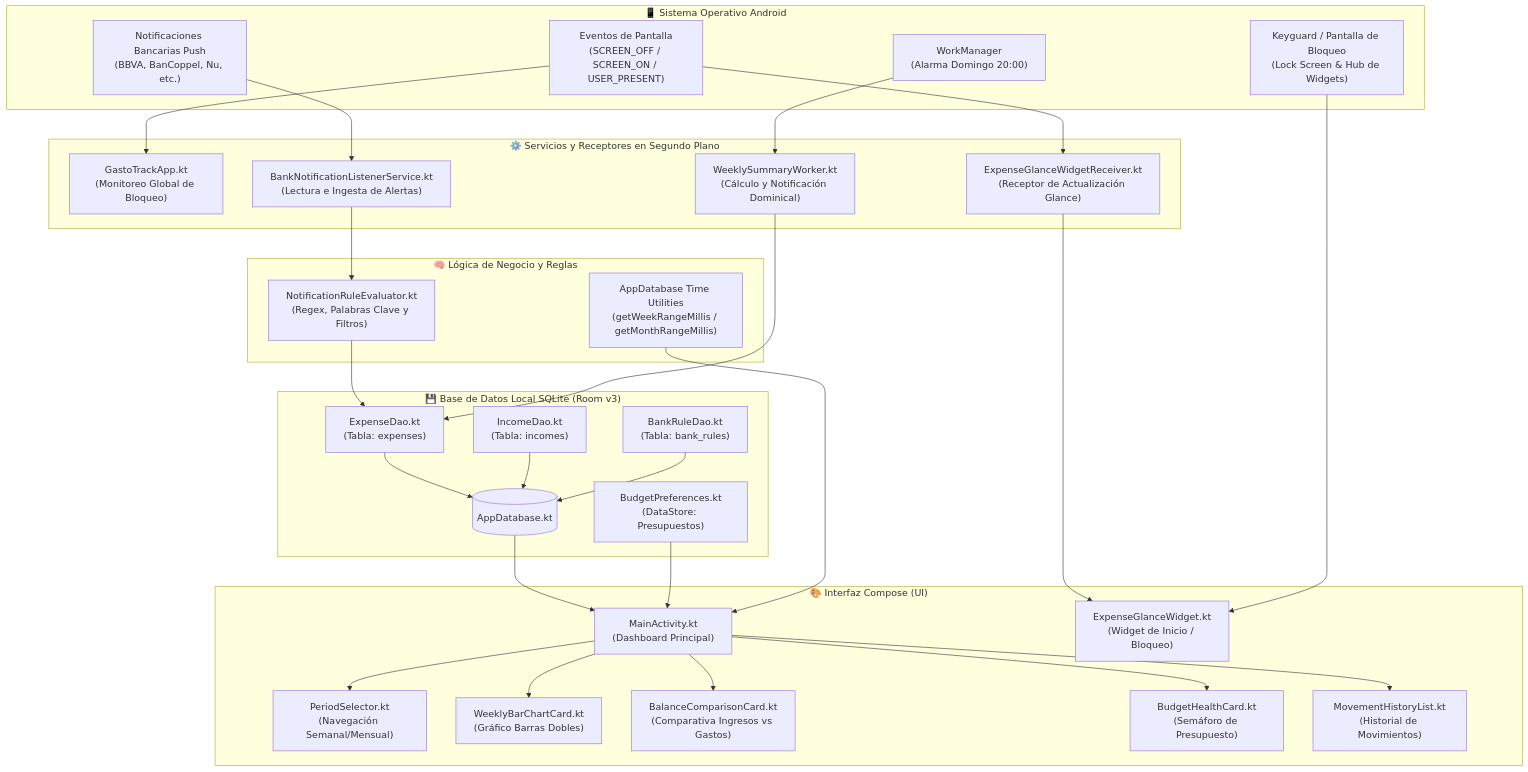
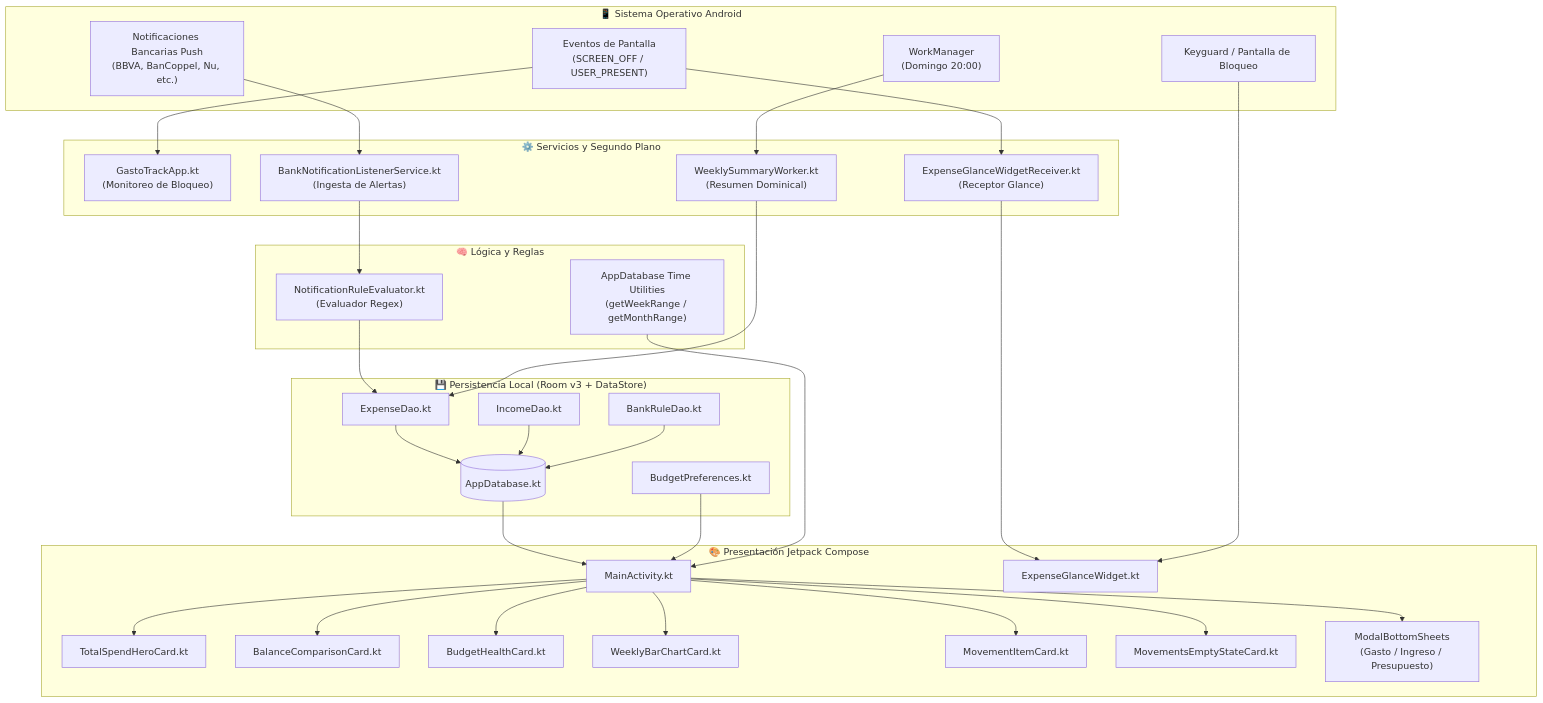
One commit to Jac0b02/AhorroWid changed the diagram in README.md. Above: the diagram before and after it, drawn with Mermaid. The commit also changed other lines of this file and 17 other files, not shown here.

Commit message:
feat(ui): rediseño Material 3, BottomSheets ergonómicos, widgets adaptativos y README profesional

````diff
--- a/README.md
+++ b/README.md
@@ -98,71 +131,75 @@
 ```mermaid
 flowchart TD
-    %% Entorno Android del Dispositivo
+    %% Sistema Operativo
     subgraph AndroidOS ["📱 Sistema Operativo Android"]
-        ScreenEvents["Eventos de Pantalla\n(SCREEN_OFF / SCREEN_ON / USER_PRESENT)"]
+        ScreenEvents["Eventos de Pantalla\n(SCREEN_OFF / USER_PRESENT)"]
         BankNotifs["Notificaciones Bancarias Push\n(BBVA, BanCoppel, Nu, etc.)"]
-        Lockscreen["Keyguard / Pantalla de Bloqueo\n(Lock Screen & Hub de Widgets)"]
-        WorkMgr["WorkManager\n(Alarma Domingo 20:00)"]
+        Lockscreen["Keyguard / Pantalla de Bloqueo"]
+        WorkMgr["WorkManager\n(Domingo 20:00)"]
     end
 
-    %% Capa de Receptores y Servicios
-    subgraph BackgroundServices ["⚙️ Servicios y Receptores en Segundo Plano"]
-        AppClass["GastoTrackApp.kt\n(Monitoreo Global de Bloqueo)"]
-        NotifService["BankNotificationListenerService.kt\n(Lectura e Ingesta de Alertas)"]
-        WidgetReceiver["ExpenseGlanceWidgetReceiver.kt\n(Receptor de Actualización Glance)"]
-        Worker["WeeklySummaryWorker.kt\n(Cálculo y Notificación Dominical)"]
+    %% Capa de Servicios
+    subgraph BackgroundServices ["⚙️ Servicios y Segundo Plano"]
+        AppClass["GastoTrackApp.kt\n(Monitoreo de Bloqueo)"]
+        NotifService["BankNotificationListenerService.kt\n(Ingesta de Alertas)"]
+        WidgetReceiver["ExpenseGlanceWidgetReceiver.kt\n(Receptor Glance)"]
+        Worker["WeeklySummaryWorker.kt\n(Resumen Dominical)"]
     end
 
-    %% Capa de Lógica y Procesamiento
-    subgraph LogicLayer ["🧠 Lógica de Negocio y Reglas"]
-        RuleEvaluator["NotificationRuleEvaluator.kt\n(Regex, Palabras Clave y Filtros)"]
-        TimeEngine["AppDatabase Time Utilities\n(getWeekRangeMillis / getMonthRangeMillis)"]
+    %% Capa de Negocio
+    subgraph LogicLayer ["🧠 Lógica y Reglas"]
+        RuleEvaluator["NotificationRuleEvaluator.kt\n(Evaluador Regex)"]
+        TimeEngine["AppDatabase Time Utilities\n(getWeekRange / getMonthRange)"]
     end
 
-    %% Capa de Persistencia Room y Preferencias
-    subgraph DataLayer ["💾 Base de Datos Local SQLite (Room v3)"]
+    %% Capa de Persistencia
+    subgraph DataLayer ["💾 Persistencia Local (Room v3 + DataStore)"]
         DB[("AppDatabase.kt")]
-        ExpenseDao["ExpenseDao.kt\n(Tabla: expenses)"]
-        IncomeDao["IncomeDao.kt\n(Tabla: incomes)"]
-        BankRuleDao["BankRuleDao.kt\n(Tabla: bank_rules)"]
-        BudgetPrefs["BudgetPreferences.kt\n(DataStore: Presupuestos)"]
+        ExpenseDao["ExpenseDao.kt"]
+        IncomeDao["IncomeDao.kt"]
+        BankRuleDao["BankRuleDao.kt"]
+        BudgetPrefs["BudgetPreferences.kt"]
     end
 
-    %% Capa de Interfaz de Usuario
-    subgraph PresentationLayer ["🎨 Interfaz Compose (UI)"]
-        MainActivity["MainActivity.kt\n(Dashboard Principal)"]
-        PeriodSelector["PeriodSelector.kt\n(Navegación Semanal/Mensual)"]
-        WeeklyBarChart["WeeklyBarChartCard.kt\n(Gráfico Barras Dobles)"]
-        BalanceCard["BalanceComparisonCard.kt\n(Comparativa Ingresos vs Gastos)"]
-        BudgetCard["BudgetHealthCard.kt\n(Semáforo de Presupuesto)"]
-        MovementList["MovementHistoryList.kt\n(Historial de Movimientos)"]
-        GlanceWidget["ExpenseGlanceWidget.kt\n(Widget de Inicio / Bloqueo)"]
+    %% Capa de Presentación
+    subgraph PresentationLayer ["🎨 Presentación Jetpack Compose"]
+        MainActivity["MainActivity.kt"]
+        TotalHero["TotalSpendHeroCard.kt"]
+        BalanceCard["BalanceComparisonCard.kt"]
+        BudgetCard["BudgetHealthCard.kt"]
+        BarChart["WeeklyBarChartCard.kt"]
+        MovementCard["MovementItemCard.kt"]
+        EmptyCard["MovementsEmptyStateCard.kt"]
+        BottomSheets["ModalBottomSheets\n(Gasto / Ingreso / Presupuesto)"]
+        GlanceWidget["ExpenseGlanceWidget.kt"]
     end
 
-    %% Flujos de Información
+    %% Conexiones
     ScreenEvents --> AppClass
     ScreenEvents --> WidgetReceiver
     BankNotifs --> NotifService
     NotifService --> RuleEvaluator
     RuleEvaluator --> ExpenseDao
 
     WidgetReceiver --> GlanceWidget
     Lockscreen --> GlanceWidget
 
     ExpenseDao --> DB
     IncomeDao --> DB
     BankRuleDao --> DB
 
     DB --> MainActivity
     BudgetPrefs --> MainActivity
     TimeEngine --> MainActivity
 
-    MainActivity --> PeriodSelector
-    MainActivity --> WeeklyBarChart
+    MainActivity --> TotalHero
     MainActivity --> BalanceCard
     MainActivity --> BudgetCard
-    MainActivity --> MovementList
+    MainActivity --> BarChart
+    MainActivity --> MovementCard
+    MainActivity --> EmptyCard
+    MainActivity --> BottomSheets
 
     WorkMgr --> Worker
     Worker --> ExpenseDao
 ```
````
